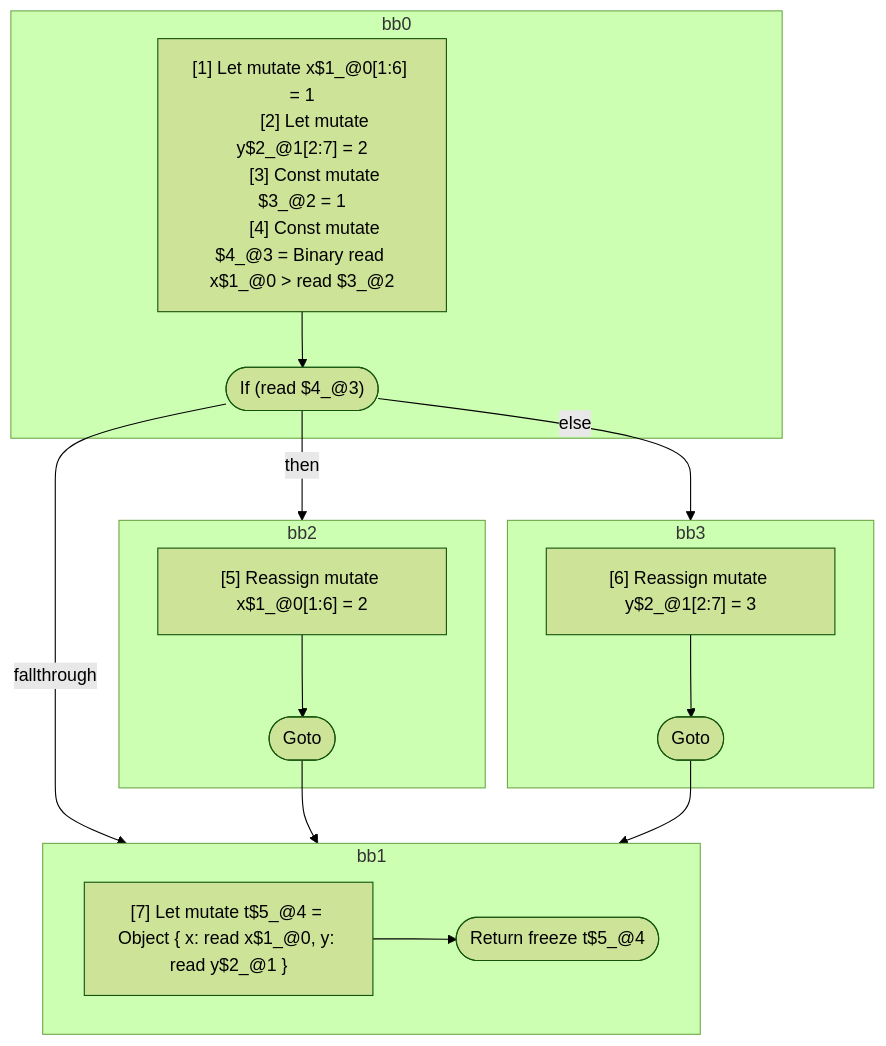
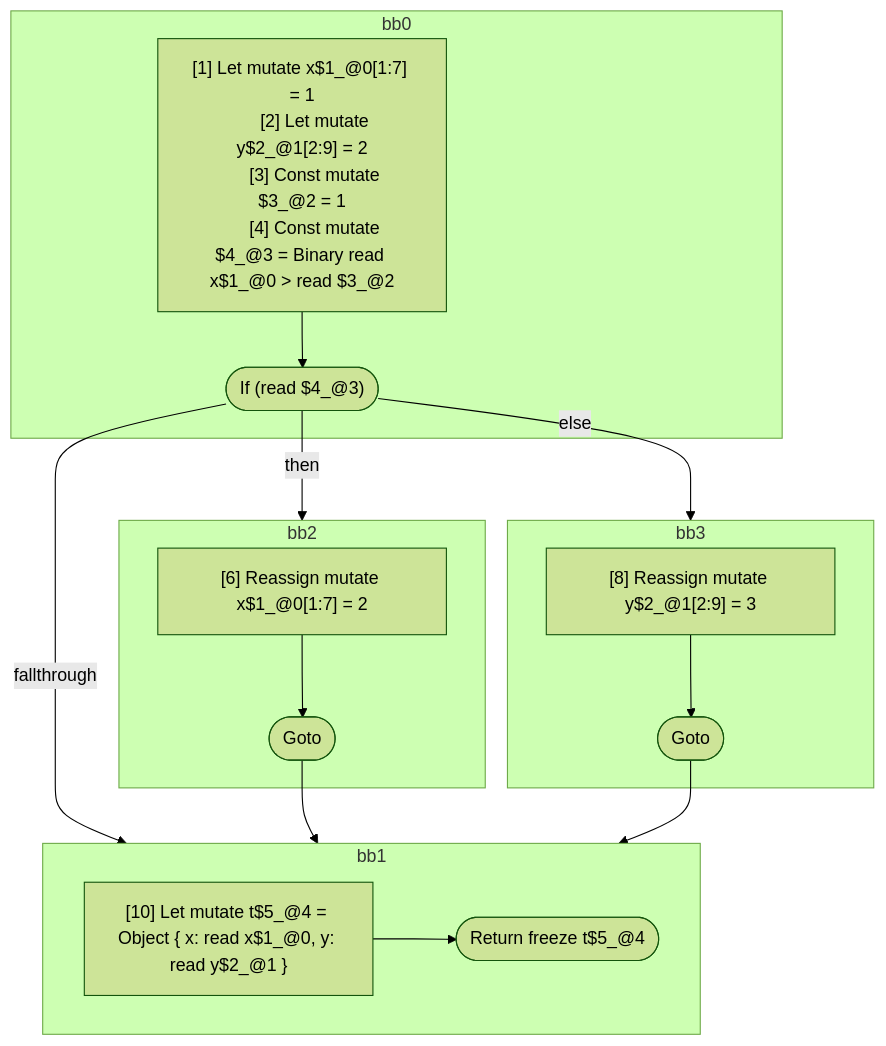
One commit to wutsmog/private changed the diagram in compiler/forget/src/__tests__/fixtures/hir/ssa-objectexpression-phi.expect.md. Above: the diagram before and after it, drawn with Mermaid (forest theme). The commit also changed other lines of this file and 61 other files, not shown here.

````diff
--- a/compiler/forget/src/__tests__/fixtures/hir/ssa-objectexpression-phi.expect.md
+++ b/compiler/forget/src/__tests__/fixtures/hir/ssa-objectexpression-phi.expect.md
@@ -46,39 +46,39 @@
 ```mermaid
 flowchart TB
   %% Basic Blocks
   subgraph bb0
     bb0_instrs["
-      [1] Let mutate x$1_@0[1:6] = 1
-      [2] Let mutate y$2_@1[2:7] = 2
+      [1] Let mutate x$1_@0[1:7] = 1
+      [2] Let mutate y$2_@1[2:9] = 2
       [3] Const mutate $3_@2 = 1
       [4] Const mutate $4_@3 = Binary read x$1_@0 > read $3_@2
     "]
     bb0_instrs --> bb0_terminal(["If (read $4_@3)"])
   end
   subgraph bb2
     bb2_instrs["
-      [5] Reassign mutate x$1_@0[1:6] = 2
+      [6] Reassign mutate x$1_@0[1:7] = 2
     "]
     bb2_instrs --> bb2_terminal(["Goto"])
   end
   subgraph bb3
     bb3_instrs["
-      [6] Reassign mutate y$2_@1[2:7] = 3
+      [8] Reassign mutate y$2_@1[2:9] = 3
     "]
     bb3_instrs --> bb3_terminal(["Goto"])
   end
   subgraph bb1
     bb1_instrs["
-      [7] Let mutate t$5_@4 = Object { x: read x$1_@0, y: read y$2_@1 }
+      [10] Let mutate t$5_@4 = Object { x: read x$1_@0, y: read y$2_@1 }
     "]
     bb1_instrs --> bb1_terminal(["Return freeze t$5_@4"])
   end
 
   %% Jumps
   bb0_terminal -- "then" --> bb2
   bb0_terminal -- "else" --> bb3
   bb0_terminal -- "fallthrough" --> bb1
   bb2_terminal --> bb1
   bb3_terminal --> bb1
 
 ```
````
